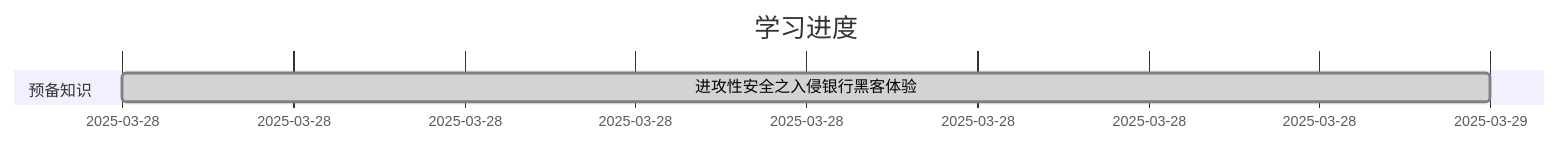
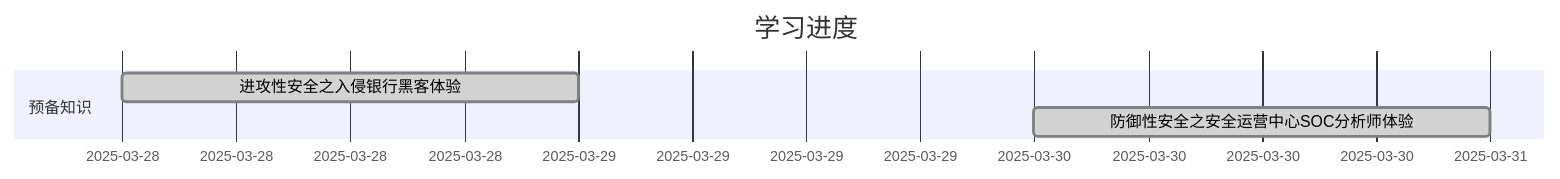
One commit to Yuki415/cyber-security-note changed the diagram in README.md. Above: the diagram before and after it, drawn with Mermaid. The commit also changed other lines of this file, not shown here.

````diff
--- a/README.md
+++ b/README.md
@@ -10,7 +12,9 @@
 ``` mermaid
 gantt
     title 学习进度
     dateFormat YYYY-MM-DD
     section 预备知识
     进攻性安全之入侵银行黑客体验:done,2025-03-28,1d
+    防御性安全之安全运营中心SOC分析师体验:done,2025-03-30,1d
+
 ```
````
